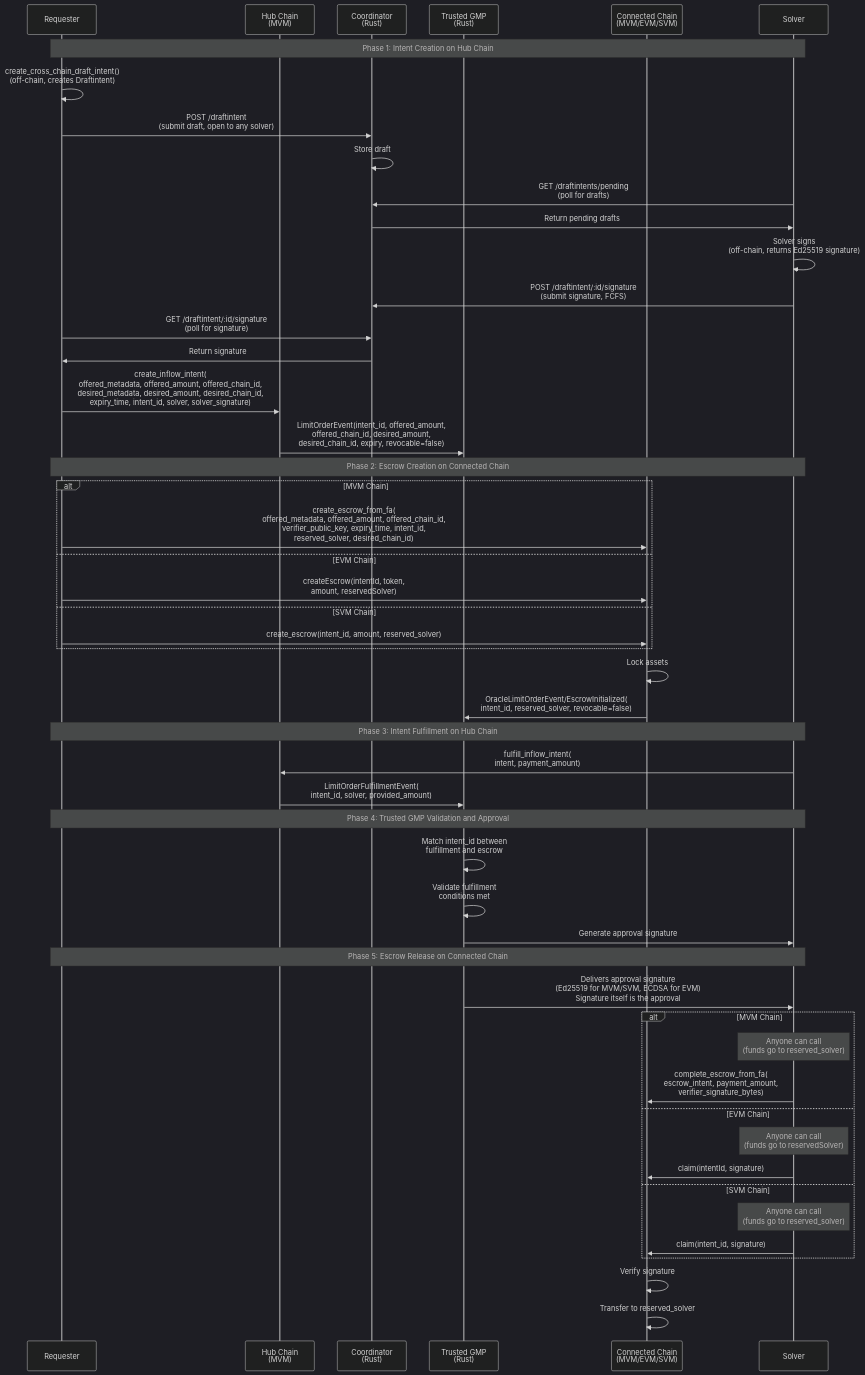
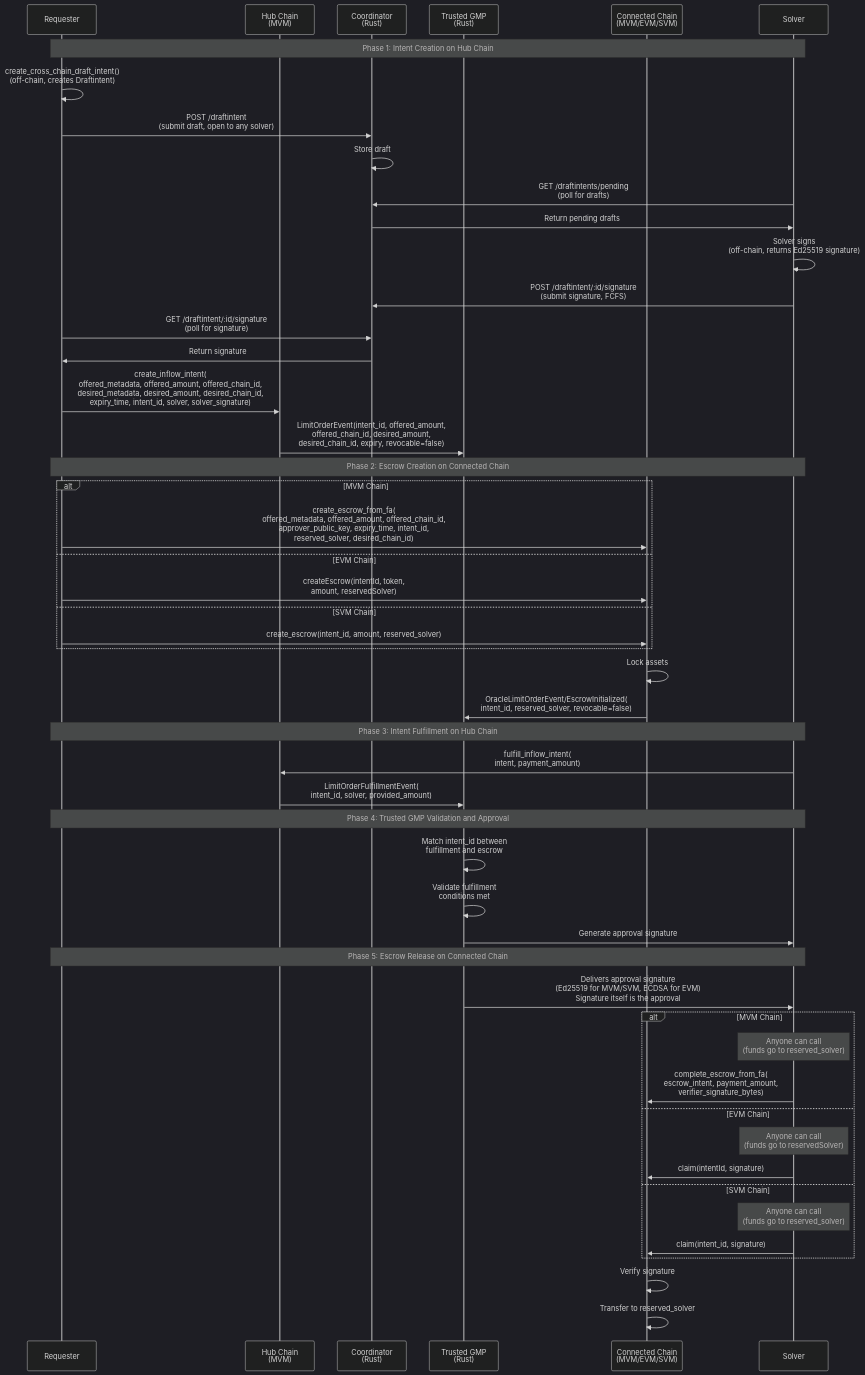
The first of 4 diagrams in docs/protocol.md (MoveIndustries/int3nts), drawn with Mermaid (dark theme) before and after one commit. The commit also changed 66 other files, not shown here.

First line of the commit message:
refactor: rename verifier→approver across MVM, EVM, SVM, and trusted-gmp config

````diff
--- a/docs/protocol.md
+++ b/docs/protocol.md
@@ -29,57 +29,57 @@
 ```mermaid
 sequenceDiagram
     participant Requester
     participant Hub as Hub Chain<br/>(MVM)
     participant Coordinator as Coordinator<br/>(Rust)
     participant TrustedGMP as Trusted GMP<br/>(Rust)
     participant Connected as Connected Chain<br/>(MVM/EVM/SVM)
     participant Solver
 
     Note over Requester,Solver: Phase 1: Intent Creation on Hub Chain
     Requester->>Requester: create_cross_chain_draft_intent()<br/>(off-chain, creates Draftintent)
     Requester->>Coordinator: POST /draftintent<br/>(submit draft, open to any solver)
     Coordinator->>Coordinator: Store draft
     Solver->>Coordinator: GET /draftintents/pending<br/>(poll for drafts)
     Coordinator->>Solver: Return pending drafts
     Solver->>Solver: Solver signs<br/>(off-chain, returns Ed25519 signature)
     Solver->>Coordinator: POST /draftintent/:id/signature<br/>(submit signature, FCFS)
     Requester->>Coordinator: GET /draftintent/:id/signature<br/>(poll for signature)
     Coordinator->>Requester: Return signature
     Requester->>Hub: create_inflow_intent(<br/>offered_metadata, offered_amount, offered_chain_id,<br/>desired_metadata, desired_amount, desired_chain_id,<br/>expiry_time, intent_id, solver, solver_signature)
     Hub->>TrustedGMP: LimitOrderEvent(intent_id, offered_amount,<br/>offered_chain_id, desired_amount,<br/>desired_chain_id, expiry, revocable=false)
 
     Note over Requester,Solver: Phase 2: Escrow Creation on Connected Chain
     alt MVM Chain
-        Requester->>Connected: create_escrow_from_fa(<br/>offered_metadata, offered_amount, offered_chain_id,<br/>verifier_public_key, expiry_time, intent_id,<br/>reserved_solver, desired_chain_id)
+        Requester->>Connected: create_escrow_from_fa(<br/>offered_metadata, offered_amount, offered_chain_id,<br/>approver_public_key, expiry_time, intent_id,<br/>reserved_solver, desired_chain_id)
     else EVM Chain
         Requester->>Connected: createEscrow(intentId, token,<br/>amount, reservedSolver)
     else SVM Chain
         Requester->>Connected: create_escrow(intent_id, amount, reserved_solver)
     end
     Connected->>Connected: Lock assets
     Connected->>TrustedGMP: OracleLimitOrderEvent/EscrowInitialized(<br/>intent_id, reserved_solver, revocable=false)
 
     Note over Requester,Solver: Phase 3: Intent Fulfillment on Hub Chain
     Solver->>Hub: fulfill_inflow_intent(<br/>intent, payment_amount)
     Hub->>TrustedGMP: LimitOrderFulfillmentEvent(<br/>intent_id, solver, provided_amount)
 
     Note over Requester,Solver: Phase 4: Trusted GMP Validation and Approval
     TrustedGMP->>TrustedGMP: Match intent_id between<br/>fulfillment and escrow
     TrustedGMP->>TrustedGMP: Validate fulfillment<br/>conditions met
     TrustedGMP->>Solver: Generate approval signature
 
     Note over Requester,Solver: Phase 5: Escrow Release on Connected Chain
     TrustedGMP->>Solver: Delivers approval signature<br/>(Ed25519 for MVM/SVM, ECDSA for EVM)<br/>Signature itself is the approval
     alt MVM Chain
         Note over Solver: Anyone can call<br/>(funds go to reserved_solver)
         Solver->>Connected: complete_escrow_from_fa(<br/>escrow_intent, payment_amount,<br/>verifier_signature_bytes)
     else EVM Chain
         Note over Solver: Anyone can call<br/>(funds go to reservedSolver)
         Solver->>Connected: claim(intentId, signature)
     else SVM Chain
         Note over Solver: Anyone can call<br/>(funds go to reserved_solver)
         Solver->>Connected: claim(intent_id, signature)
     end
     Connected->>Connected: Verify signature
     Connected->>Connected: Transfer to reserved_solver
 ```
````
